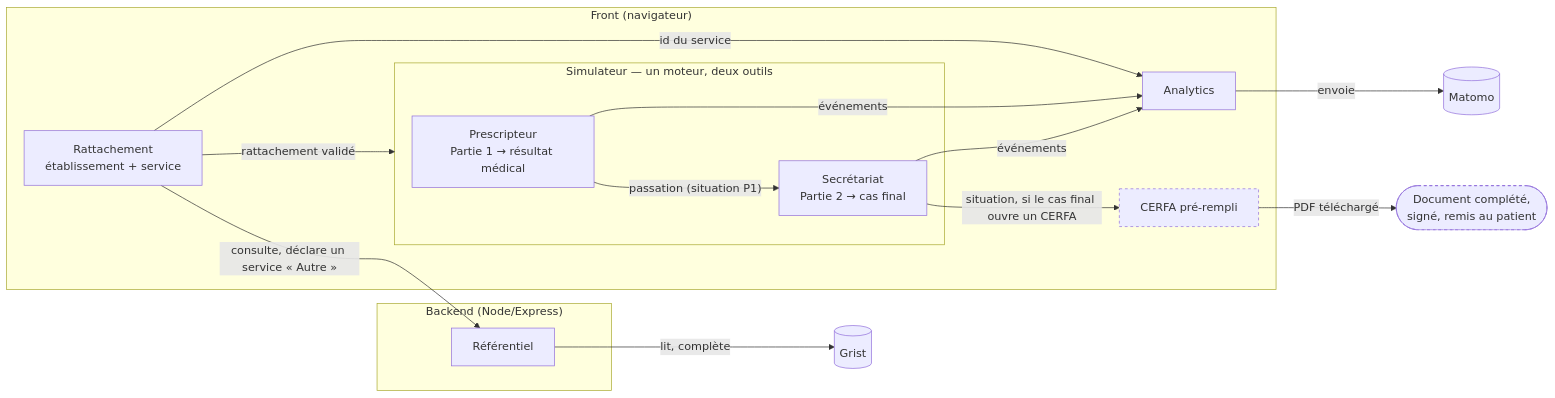
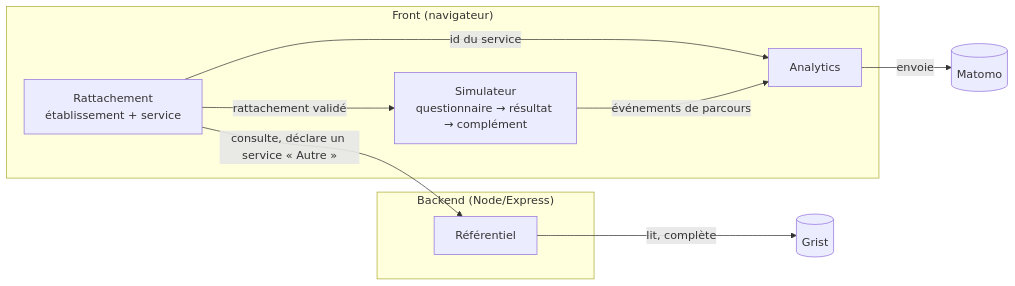
One commit to betagouv/transports-sanitaires changed the diagram in apps/simulateur-eligibilite/README.md. Above: the diagram before and after it, drawn with Mermaid. The commit also changed other lines of this file and 12 other files, not shown here.

````diff
--- a/apps/simulateur-eligibilite/README.md
+++ b/apps/simulateur-eligibilite/README.md
@@ -13,34 +15,22 @@
 ```mermaid
 flowchart LR
     subgraph front["Front (navigateur)"]
         Ident["Rattachement<br/>établissement + service"]
-        subgraph simu["Simulateur — un moteur, deux outils"]
-            Presc["Prescripteur<br/>Partie 1 → résultat médical"]
-            Secr["Secrétariat<br/>Partie 2 → cas final"]
-        end
-        Cerfa["CERFA pré-rempli"]
+        Simu["Simulateur<br/>questionnaire → résultat → complément"]
         Analytics["Analytics"]
     end
 
     subgraph back["Backend (Node/Express)"]
         Ref["Référentiel"]
     end
 
     Grist[("Grist")]
     Matomo[("Matomo")]
-    Patient(["Document complété,<br/>signé, remis au patient"])
 
     Ident -->|"consulte, déclare un service « Autre »"| Ref
-    Ident -->|"rattachement validé"| simu
+    Ident -->|"rattachement validé"| Simu
     Ident -->|"id du service"| Analytics
-    Presc -->|"passation (situation P1)"| Secr
-    Presc -->|"événements"| Analytics
-    Secr -->|"événements"| Analytics
-    Secr -->|"situation, si le cas final ouvre un CERFA"| Cerfa
-    Cerfa -->|"PDF téléchargé"| Patient
+    Simu -->|"événements de parcours"| Analytics
     Ref -->|"lit, complète"| Grist
     Analytics -->|"envoie"| Matomo
-
-    classDef nominatif stroke-dasharray:4
-    class Cerfa,Patient nominatif
 ```
````
